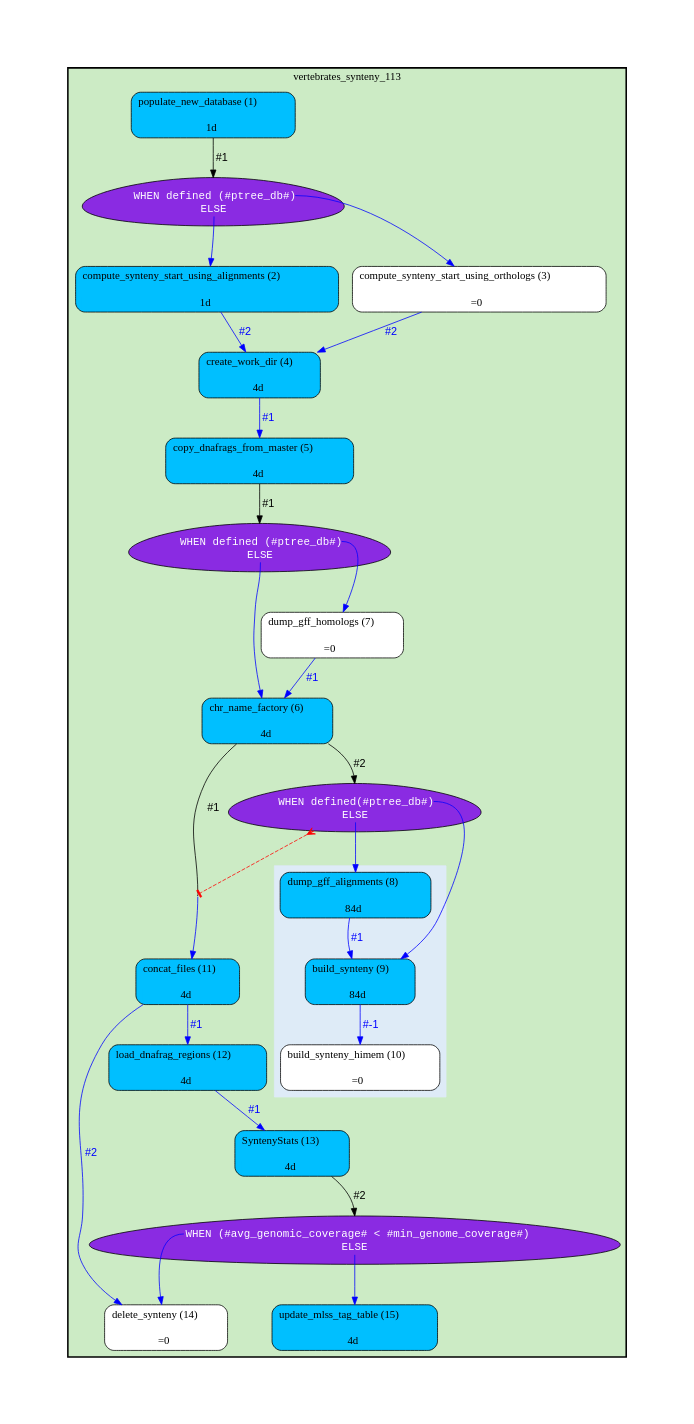
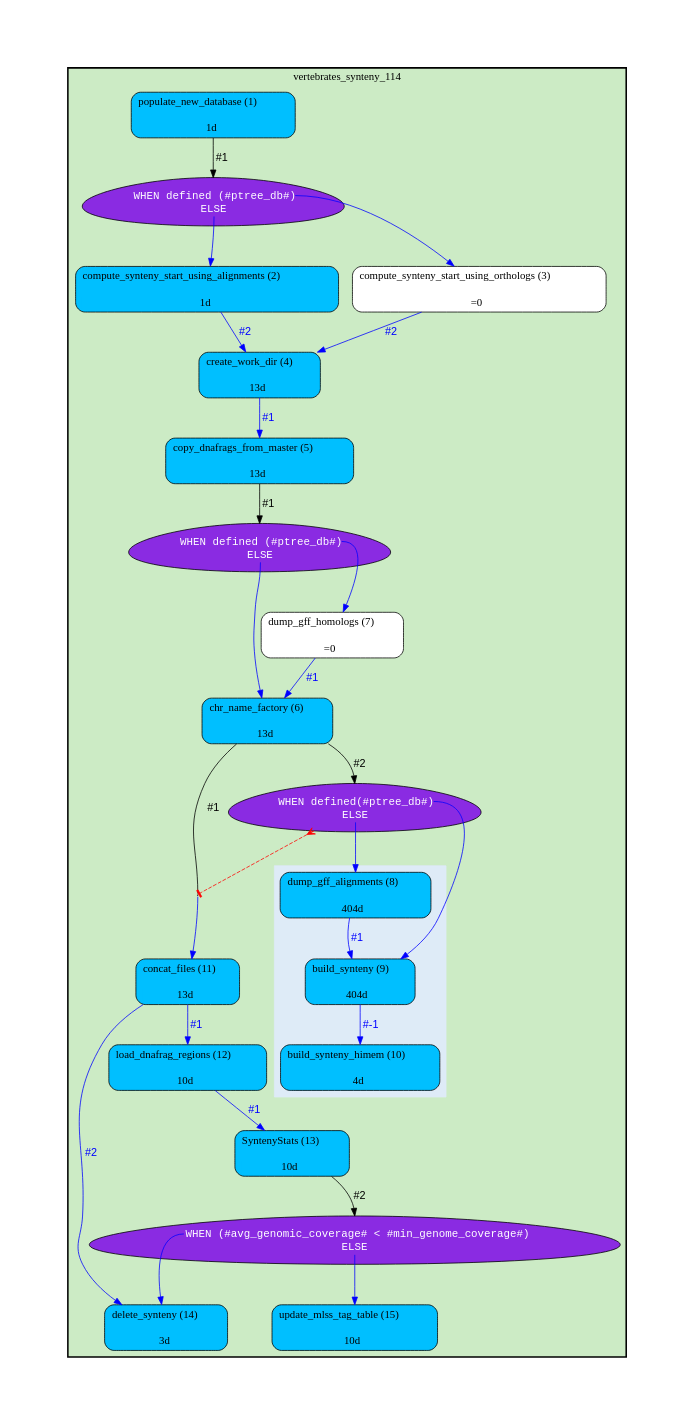
Before and after one commit to Ensembl/ensembl-compara: the diagram in docs/production/diagrams/Synteny.gv, drawn with Graphviz. The commit also changed 8 other files, not shown here.

```diff
--- a/docs/production/diagrams/Synteny.gv
+++ b/docs/production/diagrams/Synteny.gv
@@ -1,25 +1,25 @@
 digraph test {
 	ratio="compress"; concentrate = "true"; name = "AnalysisWorkflow"; pad = "1.0";
-	analysis_SyntenyStats [fillcolor="#00bfff", fontname="Times-Roman", label=<<table border="0" cellspacing="0" cellpadding="1"><tr><td>SyntenyStats (13)</td></tr><tr><td> </td></tr><tr><td bgcolor="#00bfff" width="100%">4d</td></tr></table>>, shape="Mrecord", style="filled"];
-	analysis_build_synteny [fillcolor="#00bfff", fontname="Times-Roman", label=<<table border="0" cellspacing="0" cellpadding="1"><tr><td>build_synteny (9)</td></tr><tr><td> </td></tr><tr><td bgcolor="#00bfff" width="100%">84d</td></tr></table>>, shape="Mrecord", style="filled"];
-	analysis_build_synteny_himem [fillcolor="white", fontname="Times-Roman", label=<<table border="0" cellspacing="0" cellpadding="1"><tr><td>build_synteny_himem (10)</td></tr><tr><td> </td></tr><tr><td>=0</td></tr></table>>, shape="Mrecord", style="filled"];
-	analysis_chr_name_factory [fillcolor="#00bfff", fontname="Times-Roman", label=<<table border="0" cellspacing="0" cellpadding="1"><tr><td>chr_name_factory (6)</td></tr><tr><td> </td></tr><tr><td bgcolor="#00bfff" width="100%">4d</td></tr></table>>, shape="Mrecord", style="filled"];
-	analysis_compute_synteny_start_using_alignments [fillcolor="#00bfff", fontname="Times-Roman", label=<<table border="0" cellspacing="0" cellpadding="1"><tr><td>compute_synteny_start_using_alignments (2)</td></tr><tr><td> </td></tr><tr><td bgcolor="#00bfff" width="100%">1d</td></tr></table>>, shape="Mrecord", style="filled"];
-	analysis_compute_synteny_start_using_orthologs [fillcolor="white", fontname="Times-Roman", label=<<table border="0" cellspacing="0" cellpadding="1"><tr><td>compute_synteny_start_using_orthologs (3)</td></tr><tr><td> </td></tr><tr><td>=0</td></tr></table>>, shape="Mrecord", style="filled"];
-	analysis_concat_files [fillcolor="#00bfff", fontname="Times-Roman", label=<<table border="0" cellspacing="0" cellpadding="1"><tr><td>concat_files (11)</td></tr><tr><td> </td></tr><tr><td bgcolor="#00bfff" width="100%">4d</td></tr></table>>, shape="Mrecord", style="filled"];
-	analysis_copy_dnafrags_from_master [fillcolor="#00bfff", fontname="Times-Roman", label=<<table border="0" cellspacing="0" cellpadding="1"><tr><td>copy_dnafrags_from_master (5)</td></tr><tr><td> </td></tr><tr><td bgcolor="#00bfff" width="100%">4d</td></tr></table>>, shape="Mrecord", style="filled"];
-	analysis_create_work_dir [fillcolor="#00bfff", fontname="Times-Roman", label=<<table border="0" cellspacing="0" cellpadding="1"><tr><td>create_work_dir (4)</td></tr><tr><td> </td></tr><tr><td bgcolor="#00bfff" width="100%">4d</td></tr></table>>, shape="Mrecord", style="filled"];
-	analysis_delete_synteny [fillcolor="white", fontname="Times-Roman", label=<<table border="0" cellspacing="0" cellpadding="1"><tr><td>delete_synteny (14)</td></tr><tr><td> </td></tr><tr><td>=0</td></tr></table>>, shape="Mrecord", style="filled"];
-	analysis_dump_gff_alignments [fillcolor="#00bfff", fontname="Times-Roman", label=<<table border="0" cellspacing="0" cellpadding="1"><tr><td>dump_gff_alignments (8)</td></tr><tr><td> </td></tr><tr><td bgcolor="#00bfff" width="100%">84d</td></tr></table>>, shape="Mrecord", style="filled"];
-	analysis_dump_gff_homologs [fillcolor="white", fontname="Times-Roman", label=<<table border="0" cellspacing="0" cellpadding="1"><tr><td>dump_gff_homologs (7)</td></tr><tr><td> </td></tr><tr><td>=0</td></tr></table>>, shape="Mrecord", style="filled"];
-	analysis_load_dnafrag_regions [fillcolor="#00bfff", fontname="Times-Roman", label=<<table border="0" cellspacing="0" cellpadding="1"><tr><td>load_dnafrag_regions (12)</td></tr><tr><td> </td></tr><tr><td bgcolor="#00bfff" width="100%">4d</td></tr></table>>, shape="Mrecord", style="filled"];
-	analysis_populate_new_database [fillcolor="#00bfff", fontname="Times-Roman", label=<<table border="0" cellspacing="0" cellpadding="1"><tr><td>populate_new_database (1)</td></tr><tr><td> </td></tr><tr><td bgcolor="#00bfff" width="100%">1d</td></tr></table>>, shape="Mrecord", style="filled"];
-	analysis_update_mlss_tag_table [fillcolor="#00bfff", fontname="Times-Roman", label=<<table border="0" cellspacing="0" cellpadding="1"><tr><td>update_mlss_tag_table (15)</td></tr><tr><td> </td></tr><tr><td bgcolor="#00bfff" width="100%">4d</td></tr></table>>, shape="Mrecord", style="filled"];
-	dfr_14_mp [fillcolor="#8a2be2", fontcolor="white", fontname="Courier", label=<<table border="0" cellspacing="0" cellpadding="1">i<tr><td></td></tr><tr><td port="cond_0">WHEN (#avg_genomic_coverage# &lt; #min_genome_coverage#)</td></tr><tr><td port="cond_1">ELSE</td></tr></table>>, shape="egg", style="filled"];
-	dfr_1_mp [fillcolor="#8a2be2", fontcolor="white", fontname="Courier", label=<<table border="0" cellspacing="0" cellpadding="1">i<tr><td></td></tr><tr><td port="cond_0">WHEN defined (#ptree_db#)</td></tr><tr><td port="cond_1">ELSE</td></tr></table>>, shape="egg", style="filled"];
-	dfr_5_mp [fillcolor="#8a2be2", fontcolor="white", fontname="Courier", label=<<table border="0" cellspacing="0" cellpadding="1">i<tr><td></td></tr><tr><td port="cond_0">WHEN defined (#ptree_db#)</td></tr><tr><td port="cond_1">ELSE</td></tr></table>>, shape="egg", style="filled"];
-	dfr_6_mp [fixedsize="1", label="dfr_6_mp", shape="point", width="0.01"];
-	dfr_7_mp [fillcolor="#8a2be2", fontcolor="white", fontname="Courier", label=<<table border="0" cellspacing="0" cellpadding="1">i<tr><td></td></tr><tr><td port="cond_0">WHEN defined(#ptree_db#)</td></tr><tr><td port="cond_1">ELSE</td></tr></table>>, shape="egg", style="filled"];
+	analysis_SyntenyStats [fillcolor="DeepSkyBlue", fontname="Times-Roman", label=<<table border="0" cellborder="0" cellspacing="0" cellpadding="1"><tr><td colspan="1">SyntenyStats (13)</td></tr><tr><td colspan="1"> </td></tr><tr><td bgcolor="DeepSkyBlue" width="100%">10d</td></tr></table>>, shape="Mrecord", style="filled"];
+	analysis_build_synteny [fillcolor="DeepSkyBlue", fontname="Times-Roman", label=<<table border="0" cellborder="0" cellspacing="0" cellpadding="1"><tr><td colspan="1">build_synteny (9)</td></tr><tr><td colspan="1"> </td></tr><tr><td bgcolor="DeepSkyBlue" width="100%">404d</td></tr></table>>, shape="Mrecord", style="filled"];
+	analysis_build_synteny_himem [fillcolor="DeepSkyBlue", fontname="Times-Roman", label=<<table border="0" cellborder="0" cellspacing="0" cellpadding="1"><tr><td colspan="1">build_synteny_himem (10)</td></tr><tr><td colspan="1"> </td></tr><tr><td bgcolor="DeepSkyBlue" width="100%">4d</td></tr></table>>, shape="Mrecord", style="filled"];
+	analysis_chr_name_factory [fillcolor="DeepSkyBlue", fontname="Times-Roman", label=<<table border="0" cellborder="0" cellspacing="0" cellpadding="1"><tr><td colspan="1">chr_name_factory (6)</td></tr><tr><td colspan="1"> </td></tr><tr><td bgcolor="DeepSkyBlue" width="100%">13d</td></tr></table>>, shape="Mrecord", style="filled"];
+	analysis_compute_synteny_start_using_alignments [fillcolor="DeepSkyBlue", fontname="Times-Roman", label=<<table border="0" cellborder="0" cellspacing="0" cellpadding="1"><tr><td colspan="1">compute_synteny_start_using_alignments (2)</td></tr><tr><td colspan="1"> </td></tr><tr><td bgcolor="DeepSkyBlue" width="100%">1d</td></tr></table>>, shape="Mrecord", style="filled"];
+	analysis_compute_synteny_start_using_orthologs [fillcolor="white", fontname="Times-Roman", label=<<table border="0" cellborder="0" cellspacing="0" cellpadding="1"><tr><td colspan="1">compute_synteny_start_using_orthologs (3)</td></tr><tr><td colspan="1"> </td></tr><tr><td>=0</td></tr></table>>, shape="Mrecord", style="filled"];
+	analysis_concat_files [fillcolor="DeepSkyBlue", fontname="Times-Roman", label=<<table border="0" cellborder="0" cellspacing="0" cellpadding="1"><tr><td colspan="1">concat_files (11)</td></tr><tr><td colspan="1"> </td></tr><tr><td bgcolor="DeepSkyBlue" width="100%">13d</td></tr></table>>, shape="Mrecord", style="filled"];
+	analysis_copy_dnafrags_from_master [fillcolor="DeepSkyBlue", fontname="Times-Roman", label=<<table border="0" cellborder="0" cellspacing="0" cellpadding="1"><tr><td colspan="1">copy_dnafrags_from_master (5)</td></tr><tr><td colspan="1"> </td></tr><tr><td bgcolor="DeepSkyBlue" width="100%">13d</td></tr></table>>, shape="Mrecord", style="filled"];
+	analysis_create_work_dir [fillcolor="DeepSkyBlue", fontname="Times-Roman", label=<<table border="0" cellborder="0" cellspacing="0" cellpadding="1"><tr><td colspan="1">create_work_dir (4)</td></tr><tr><td colspan="1"> </td></tr><tr><td bgcolor="DeepSkyBlue" width="100%">13d</td></tr></table>>, shape="Mrecord", style="filled"];
+	analysis_delete_synteny [fillcolor="DeepSkyBlue", fontname="Times-Roman", label=<<table border="0" cellborder="0" cellspacing="0" cellpadding="1"><tr><td colspan="1">delete_synteny (14)</td></tr><tr><td colspan="1"> </td></tr><tr><td bgcolor="DeepSkyBlue" width="100%">3d</td></tr></table>>, shape="Mrecord", style="filled"];
+	analysis_dump_gff_alignments [fillcolor="DeepSkyBlue", fontname="Times-Roman", label=<<table border="0" cellborder="0" cellspacing="0" cellpadding="1"><tr><td colspan="1">dump_gff_alignments (8)</td></tr><tr><td colspan="1"> </td></tr><tr><td bgcolor="DeepSkyBlue" width="100%">404d</td></tr></table>>, shape="Mrecord", style="filled"];
+	analysis_dump_gff_homologs [fillcolor="white", fontname="Times-Roman", label=<<table border="0" cellborder="0" cellspacing="0" cellpadding="1"><tr><td colspan="1">dump_gff_homologs (7)</td></tr><tr><td colspan="1"> </td></tr><tr><td>=0</td></tr></table>>, shape="Mrecord", style="filled"];
+	analysis_load_dnafrag_regions [fillcolor="DeepSkyBlue", fontname="Times-Roman", label=<<table border="0" cellborder="0" cellspacing="0" cellpadding="1"><tr><td colspan="1">load_dnafrag_regions (12)</td></tr><tr><td colspan="1"> </td></tr><tr><td bgcolor="DeepSkyBlue" width="100%">10d</td></tr></table>>, shape="Mrecord", style="filled"];
+	analysis_populate_new_database [fillcolor="DeepSkyBlue", fontname="Times-Roman", label=<<table border="0" cellborder="0" cellspacing="0" cellpadding="1"><tr><td colspan="1">populate_new_database (1)</td></tr><tr><td colspan="1"> </td></tr><tr><td bgcolor="DeepSkyBlue" width="100%">1d</td></tr></table>>, shape="Mrecord", style="filled"];
+	analysis_update_mlss_tag_table [fillcolor="DeepSkyBlue", fontname="Times-Roman", label=<<table border="0" cellborder="0" cellspacing="0" cellpadding="1"><tr><td colspan="1">update_mlss_tag_table (15)</td></tr><tr><td colspan="1"> </td></tr><tr><td bgcolor="DeepSkyBlue" width="100%">10d</td></tr></table>>, shape="Mrecord", style="filled"];
+	dfr_14_mp [fillcolor="blueviolet", fontcolor="white", fontname="Courier", label=<<table border="0" cellborder="0" cellspacing="0" cellpadding="1">i<tr><td></td></tr><tr><td port="cond_0">WHEN (#avg_genomic_coverage# &lt; #min_genome_coverage#)</td></tr><tr><td port="cond_1">ELSE</td></tr></table>>, shape="egg", style="filled"];
+	dfr_1_mp [fillcolor="blueviolet", fontcolor="white", fontname="Courier", label=<<table border="0" cellborder="0" cellspacing="0" cellpadding="1">i<tr><td></td></tr><tr><td port="cond_0">WHEN defined (#ptree_db#)</td></tr><tr><td port="cond_1">ELSE</td></tr></table>>, shape="egg", style="filled"];
+	dfr_5_mp [fillcolor="blueviolet", fontcolor="white", fontname="Courier", label=<<table border="0" cellborder="0" cellspacing="0" cellpadding="1">i<tr><td></td></tr><tr><td port="cond_0">WHEN defined (#ptree_db#)</td></tr><tr><td port="cond_1">ELSE</td></tr></table>>, shape="egg", style="filled"];
+	dfr_6_mp [fixedsize="1", height="0.01", label="dfr_6_mp", shape="point", width="0.01"];
+	dfr_7_mp [fillcolor="blueviolet", fontcolor="white", fontname="Courier", label=<<table border="0" cellborder="0" cellspacing="0" cellpadding="1">i<tr><td></td></tr><tr><td port="cond_0">WHEN defined(#ptree_db#)</td></tr><tr><td port="cond_1">ELSE</td></tr></table>>, shape="egg", style="filled"];
 	analysis_SyntenyStats -> dfr_14_mp [arrowhead="normal", color="black", fontcolor="black", fontname="Helvetica", headport="n", label="#2"];
 	analysis_build_synteny -> analysis_build_synteny_himem [color="blue", fontcolor="blue", fontname="Helvetica", label="#-1\n"];
 	analysis_chr_name_factory -> dfr_6_mp [arrowhead="none", color="black", fontcolor="black", fontname="Helvetica", headport="n", label="#1"];
@@ -45,8 +45,8 @@
 	dfr_7_mp -> analysis_dump_gff_alignments [color="blue", fontcolor="blue", fontname="Helvetica", label="\n", tailport="cond_1"];
 	dfr_7_mp -> dfr_6_mp [arrowhead="tee", arrowtail="crow", color="red", dir="both", style="dashed"];
 
-subgraph "cluster_vertebrates_synteny_113" {
-	label="vertebrates_synteny_113";
+subgraph "cluster_vertebrates_synteny_114" {
+	label="vertebrates_synteny_114";
 	style="bold,filled";
 	colorscheme="pastel19";
 	fillcolor="3";
```
